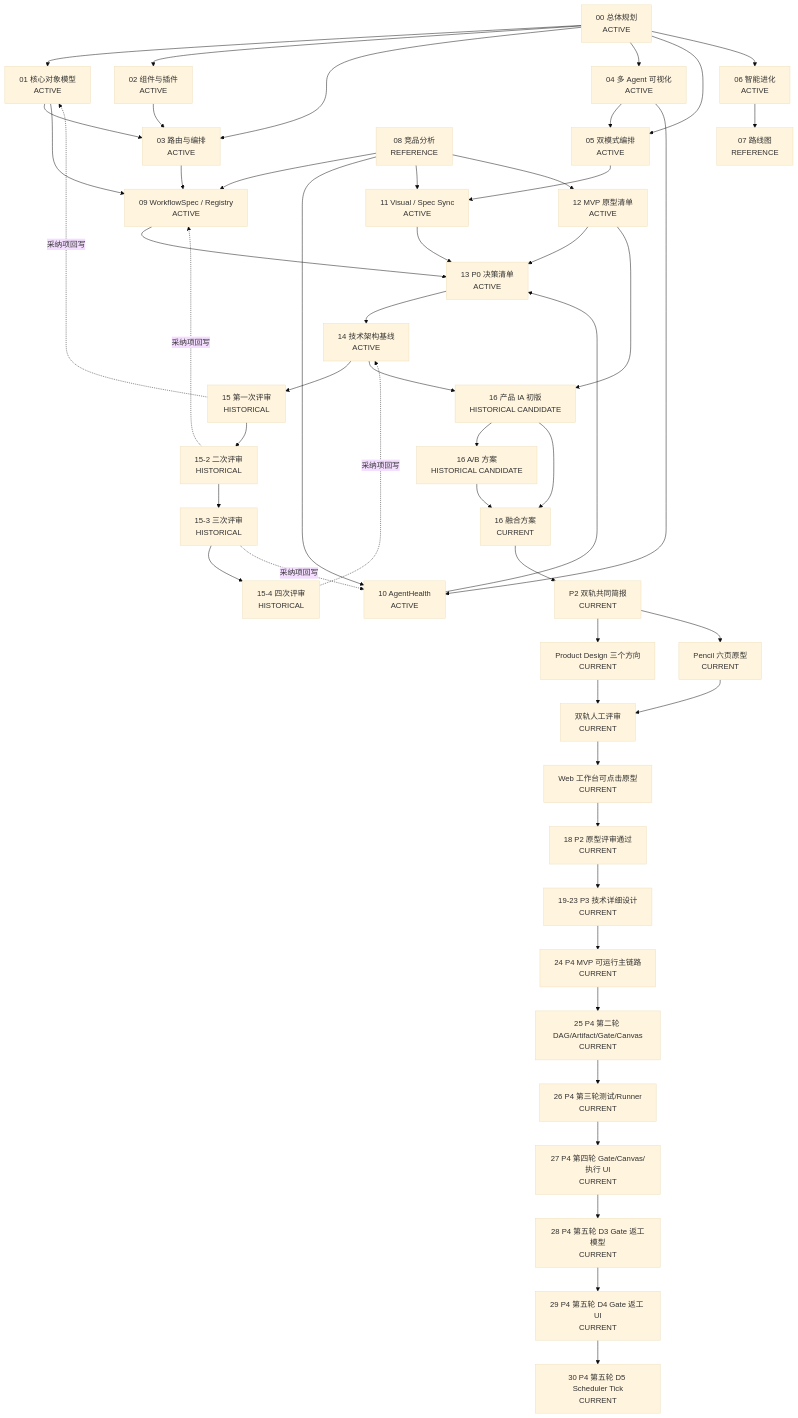
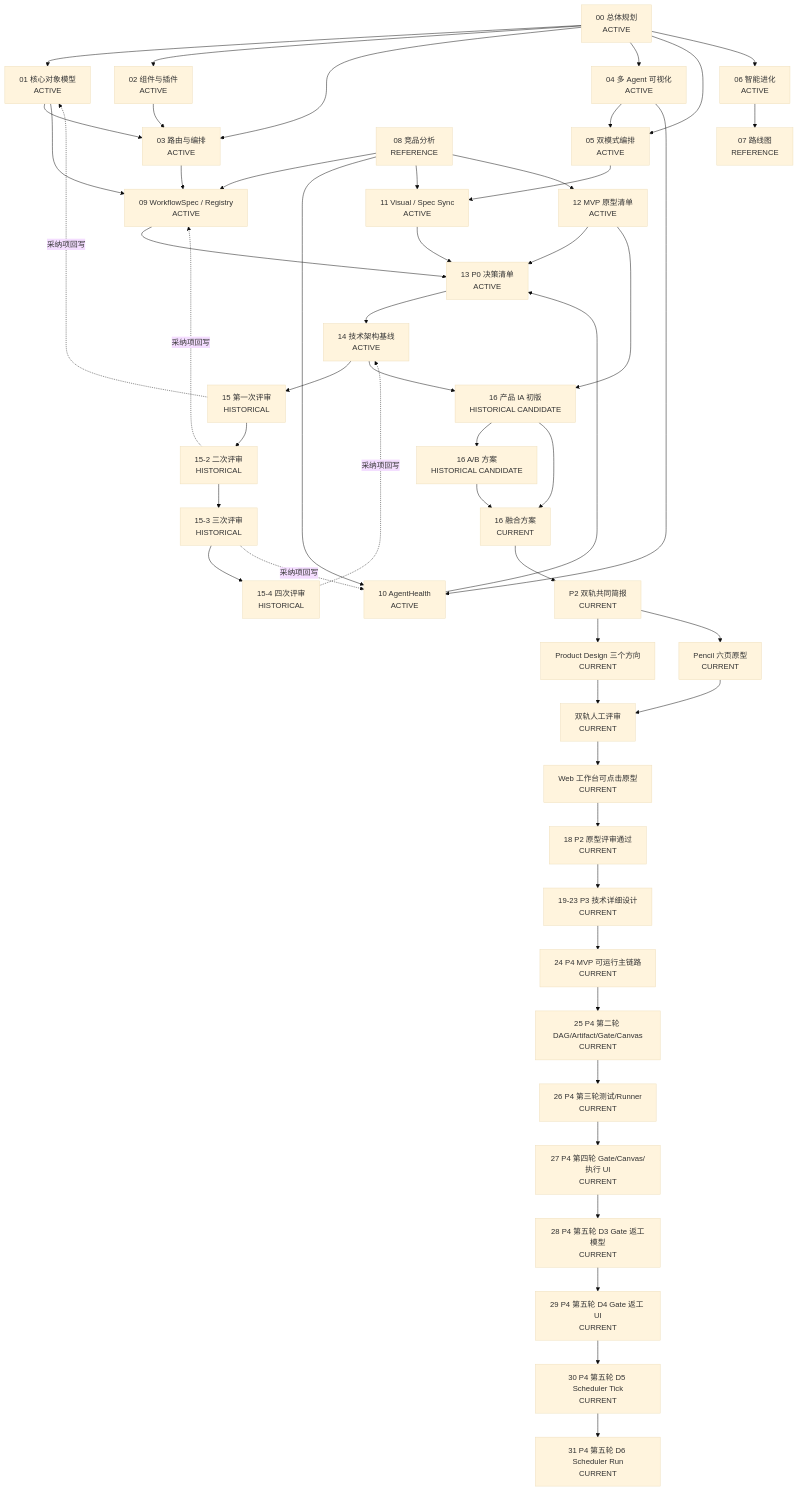
The diagram in 17_文档资产关联与AI阅读导航.md (haozhangyue/miracle-agent), drawn with Mermaid (base theme) before and after one commit. The commit also changed other lines of this file and 10 other files, not shown here.

````diff
--- a/17_文档资产关联与AI阅读导航.md
+++ b/17_文档资产关联与AI阅读导航.md
@@ -78,72 +78,73 @@
 ```mermaid
 flowchart TD
   P00["00 总体规划<br/>ACTIVE"]
   P01["01 核心对象模型<br/>ACTIVE"]
   P02["02 组件与插件<br/>ACTIVE"]
   P03["03 路由与编排<br/>ACTIVE"]
   P04["04 多 Agent 可视化<br/>ACTIVE"]
   P05["05 双模式编排<br/>ACTIVE"]
   P06["06 智能进化<br/>ACTIVE"]
   P07["07 路线图<br/>REFERENCE"]
 
   P00 --> P01
   P00 --> P02
   P00 --> P03
   P00 --> P04
   P00 --> P05
   P00 --> P06
   P01 --> P03
   P02 --> P03
   P04 --> P05
   P06 --> P07
 
   P08["08 竞品分析<br/>REFERENCE"]
   P08 --> P09["09 WorkflowSpec / Registry<br/>ACTIVE"]
   P08 --> P10["10 AgentHealth<br/>ACTIVE"]
   P08 --> P11["11 Visual / Spec Sync<br/>ACTIVE"]
   P08 --> P12["12 MVP 原型清单<br/>ACTIVE"]
 
   P01 --> P09
   P03 --> P09
   P04 --> P10
   P05 --> P11
 
   P09 --> P13["13 P0 决策清单<br/>ACTIVE"]
   P10 --> P13
   P11 --> P13
   P12 --> P13
 
   P13 --> P14["14 技术架构基线<br/>ACTIVE"]
 
   P14 --> R1["15 第一次评审<br/>HISTORICAL"]
   R1 --> R2["15-2 二次评审<br/>HISTORICAL"]
   R2 --> R3["15-3 三次评审<br/>HISTORICAL"]
   R3 --> R4["15-4 四次评审<br/>HISTORICAL"]
 
   R1 -.采纳项回写.-> P01
   R2 -.采纳项回写.-> P09
   R3 -.采纳项回写.-> P10
   R4 -.采纳项回写.-> P14
 
   P14 --> IA1["16 产品 IA 初版<br/>HISTORICAL CANDIDATE"]
   P12 --> IA1
   IA1 --> IAB["16 A/B 方案<br/>HISTORICAL CANDIDATE"]
   IA1 --> IAF["16 融合方案<br/>CURRENT"]
   IAB --> IAF
 
   IAF --> Brief["P2 双轨共同简报<br/>CURRENT"]
   Brief --> PD["Product Design 三个方向<br/>CURRENT"]
   Brief --> Pencil["Pencil 六页原型<br/>CURRENT"]
   PD --> Review["双轨人工评审<br/>CURRENT"]
   Pencil --> Review
   Review --> Fusion["Web 工作台可点击原型<br/>CURRENT"]
   Fusion --> P18["18 P2 原型评审通过<br/>CURRENT"]
   P18 --> P3["19-23 P3 技术详细设计<br/>CURRENT"]
   P3 --> P4["24 P4 MVP 可运行主链路<br/>CURRENT"]
   P4 --> P4B["25 P4 第二轮 DAG/Artifact/Gate/Canvas<br/>CURRENT"]
   P4B --> P4C["26 P4 第三轮测试/Runner<br/>CURRENT"]
   P4C --> P4D["27 P4 第四轮 Gate/Canvas/执行 UI<br/>CURRENT"]
   P4D --> P4E["28 P4 第五轮 D3 Gate 返工模型<br/>CURRENT"]
   P4E --> P4F["29 P4 第五轮 D4 Gate 返工 UI<br/>CURRENT"]
   P4F --> P4G["30 P4 第五轮 D5 Scheduler Tick<br/>CURRENT"]
+  P4G --> P4H["31 P4 第五轮 D6 Scheduler Run<br/>CURRENT"]
 ```
````
